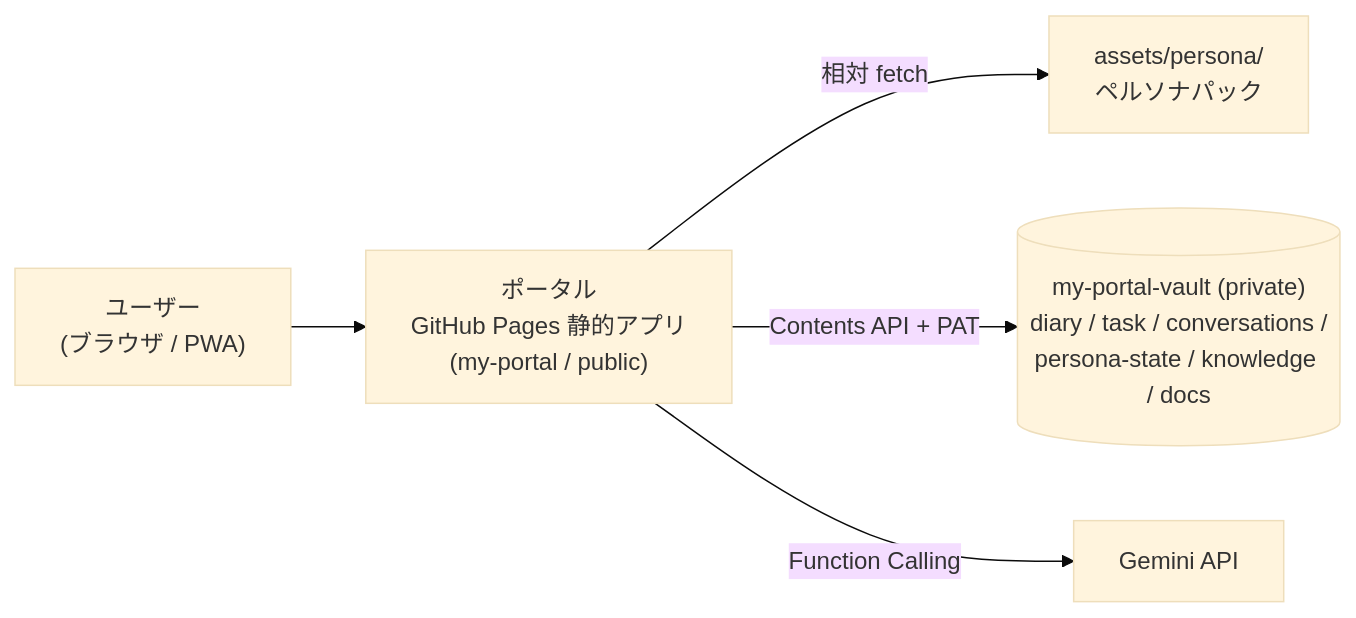
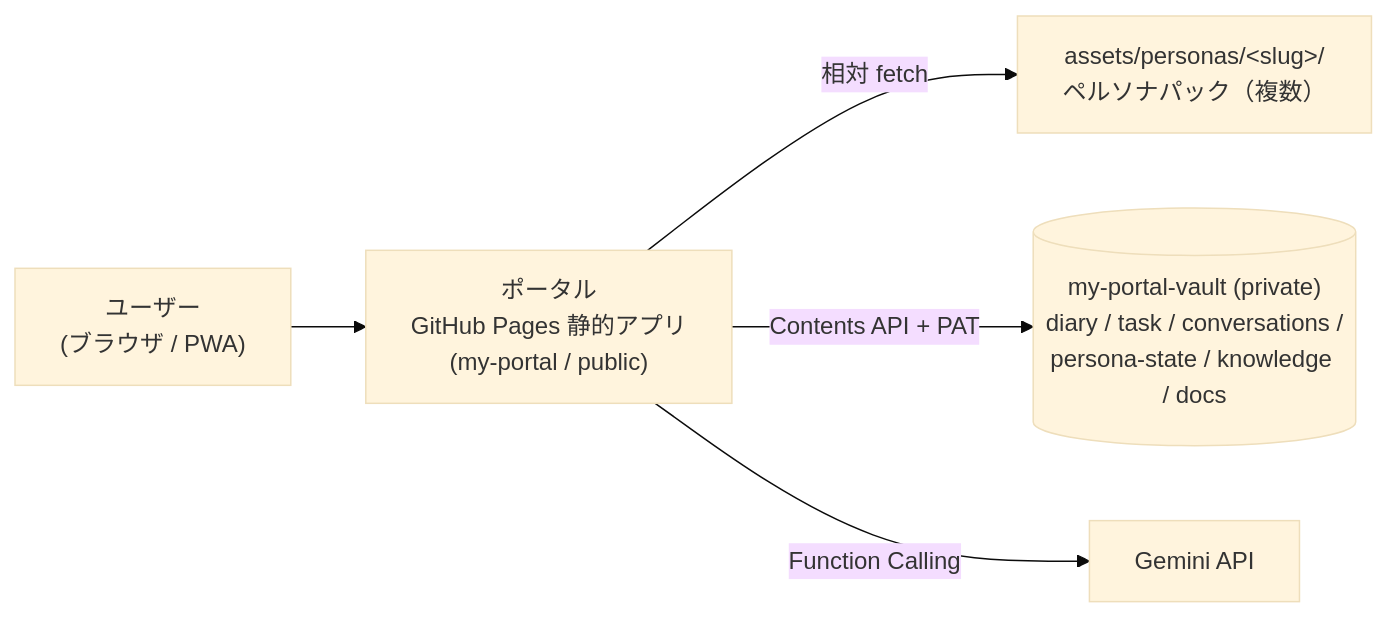
The first of 2 diagrams in docs/architecture/README.md (kabotyabon/my-portal), drawn with Mermaid (base theme) before and after one commit. The commit also changed 38 other files, not shown here.

````diff
--- a/docs/architecture/README.md
+++ b/docs/architecture/README.md
@@ -10,7 +10,7 @@
 ```mermaid
 graph LR
   U["ユーザー<br>(ブラウザ / PWA)"] --> P["ポータル<br>GitHub Pages 静的アプリ<br>(my-portal / public)"]
-  P -- "相対 fetch" --> PA["assets/persona/<br>ペルソナパック"]
+  P -- "相対 fetch" --> PA["assets/personas/&lt;slug&gt;/<br>ペルソナパック（複数）"]
   P -- "Contents API + PAT" --> V[("my-portal-vault (private)<br>diary / task / conversations /<br>persona-state / knowledge / docs")]
   P -- "Function Calling" --> G["Gemini API"]
 ```
````
